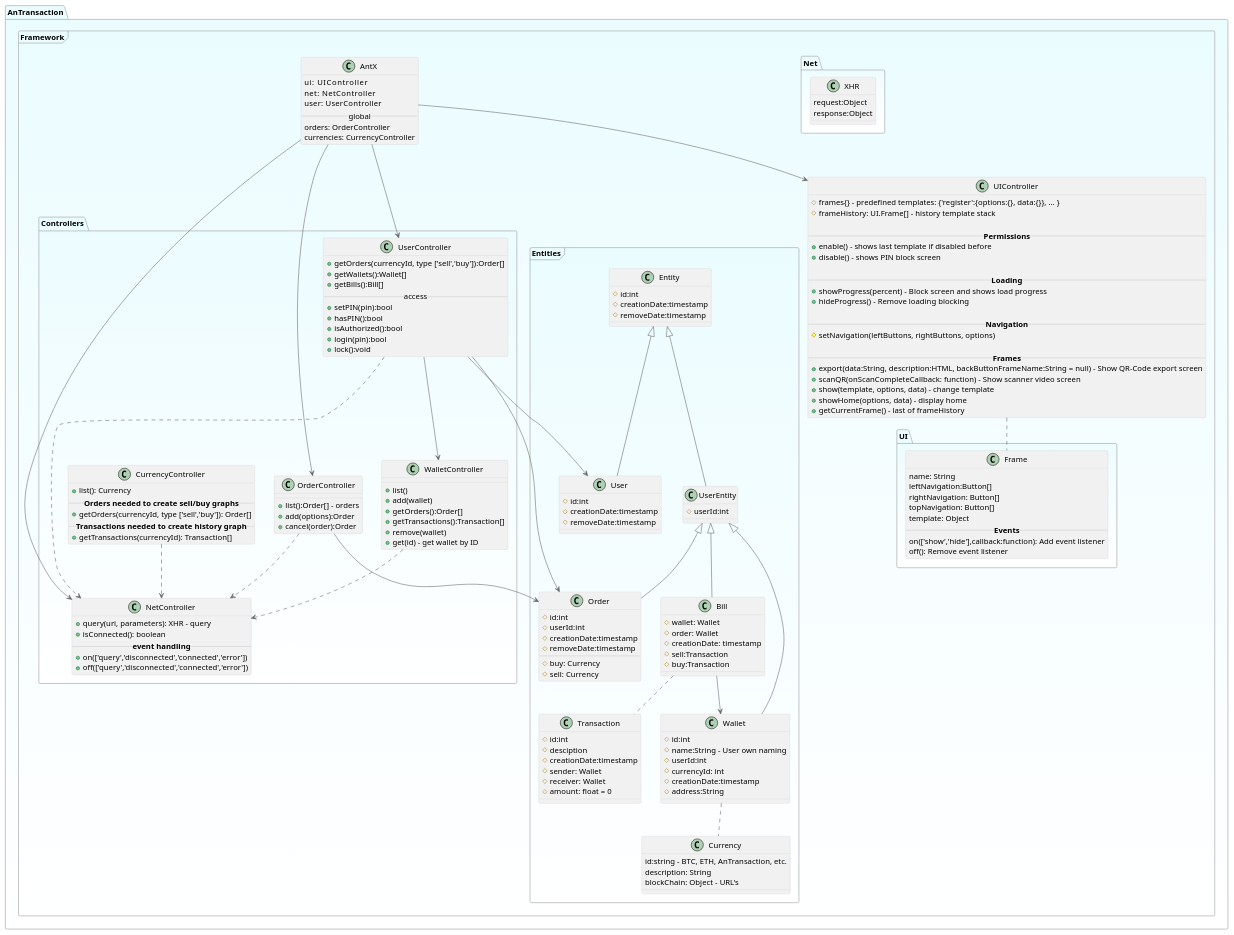
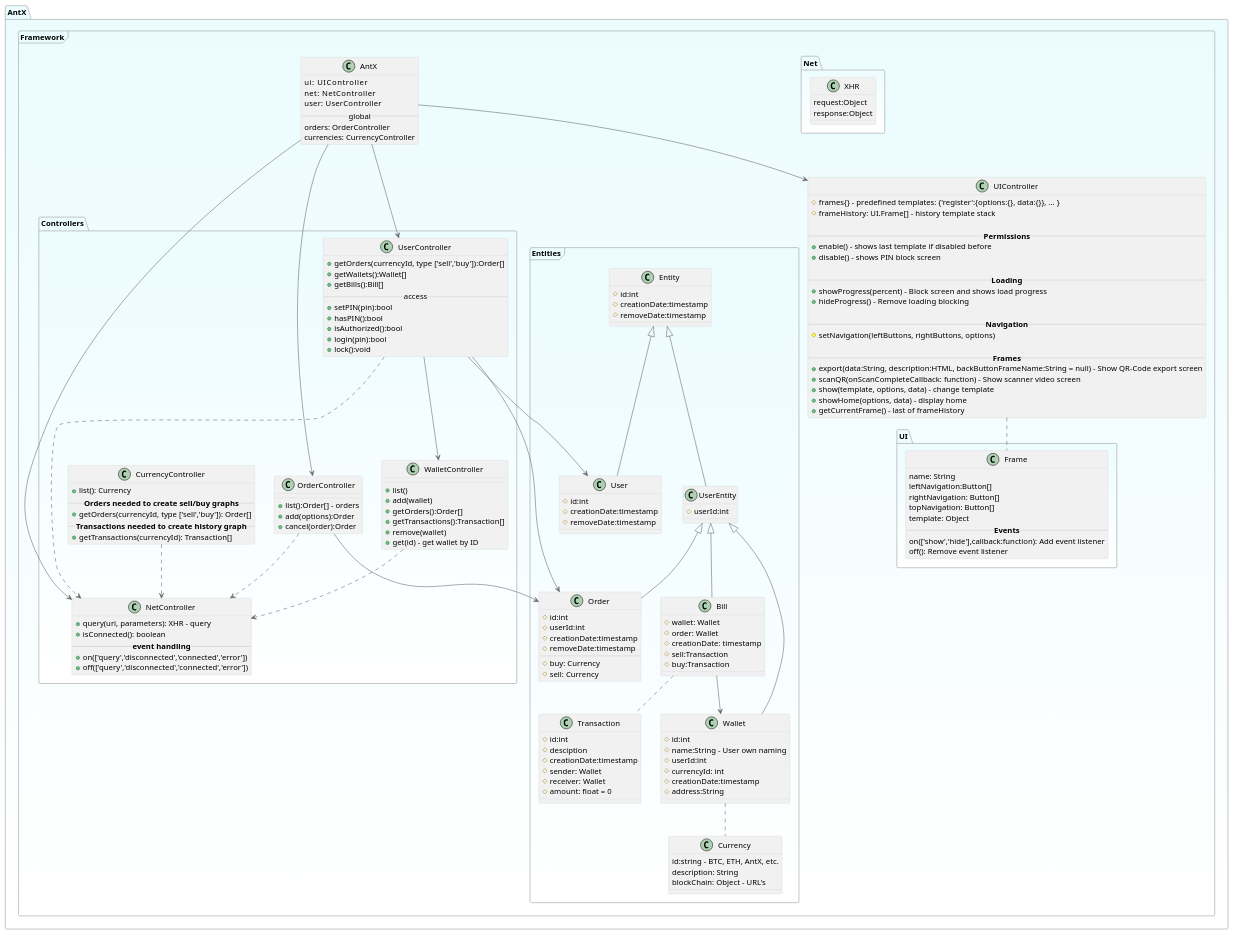
The diagram in docs/front-end.puml (eSlider/antx-frontend), drawn with PlantUML before and after one commit.

Commit message:
Fix naming in front-end.puml

```diff
--- a/docs/front-end.puml
+++ b/docs/front-end.puml
@@ -19,7 +19,7 @@
 }
 
 
-package AnTransaction.Framework <<Frame>>{
+package AntX.Framework <<Frame>>{
 
   class UIController {
     # frames{} - predefined templates: {'register':{options:{}, data:{}}, ... }
@@ -127,7 +127,7 @@
   }
   
   class Currency {
-    id:string - BTC, ETH, AnTransaction, etc.
+    id:string - BTC, ETH, AntX, etc.
     description: String
     blockChain: Object - URL's
   }
```
